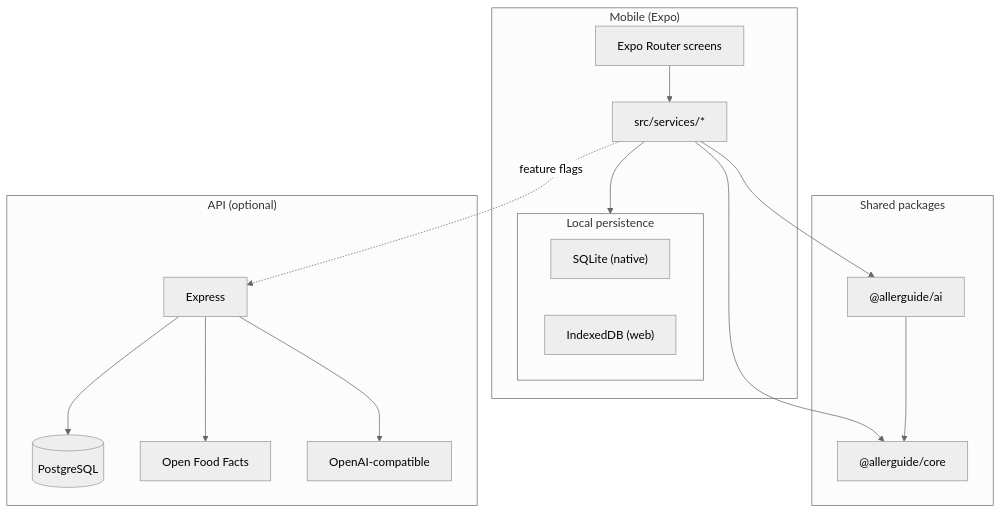
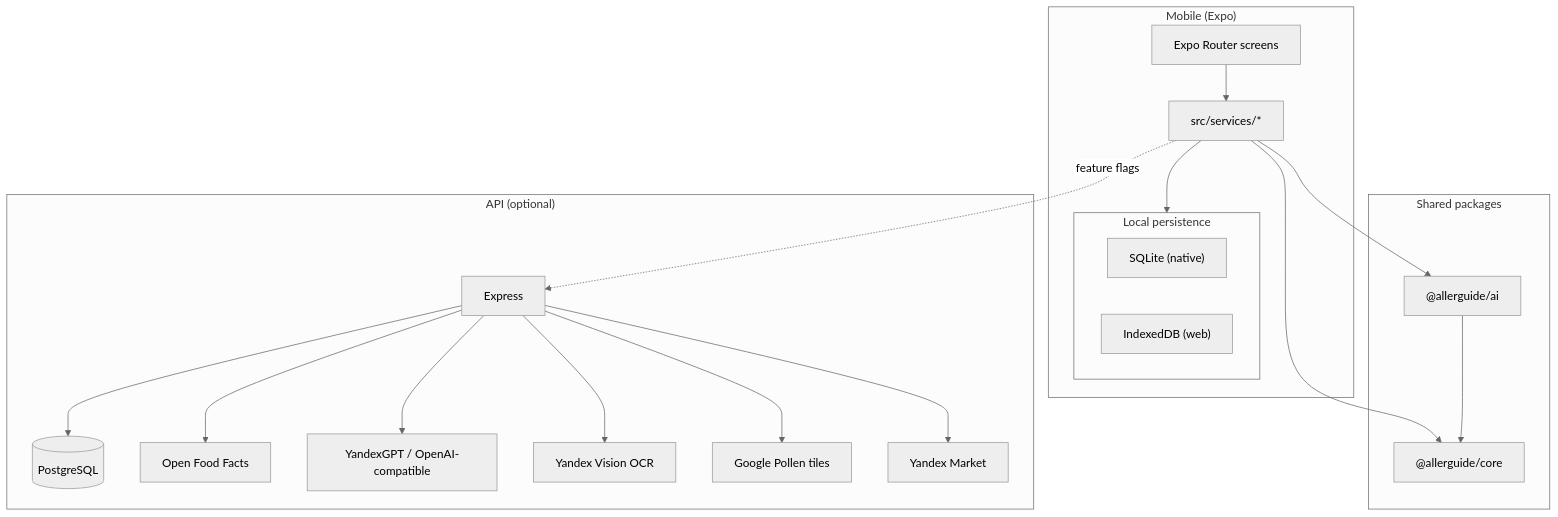
Before and after one commit to zuevfoton-art/AllerGuide: the first of 3 diagrams in docs/architecture.md, drawn with Mermaid (neutral theme). The commit also changed other lines of this file and 1 other file, not shown here.

First line of the commit message:
docs: sync architecture.md with current codebase

````diff
--- a/docs/architecture.md
+++ b/docs/architecture.md
@@ -67,32 +67,38 @@
 ```mermaid
 flowchart TB
   subgraph client ["Mobile (Expo)"]
     UI["Expo Router screens"]
     SVC["src/services/*"]
-  subgraph local ["Local persistence"]
+    subgraph local ["Local persistence"]
       SQL["SQLite (native)"]
       IDB["IndexedDB (web)"]
     end
     UI --> SVC --> local
   end
 
   subgraph shared ["Shared packages"]
     CORE["@allerguide/core"]
     AI["@allerguide/ai"]
   end
 
   subgraph api ["API (optional)"]
     EXP["Express"]
     PG[("PostgreSQL")]
     OFF["Open Food Facts"]
-    LLM["OpenAI-compatible"]
+    LLM["YandexGPT / OpenAI-compatible"]
+    VIS["Yandex Vision OCR"]
+    POL["Google Pollen tiles"]
+    MKT["Yandex Market"]
     EXP --> PG
     EXP --> OFF
     EXP --> LLM
+    EXP --> VIS
+    EXP --> POL
+    EXP --> MKT
   end
 
   SVC --> CORE
   SVC --> AI
   AI --> CORE
   SVC -.->|feature flags| EXP
 ```
````
